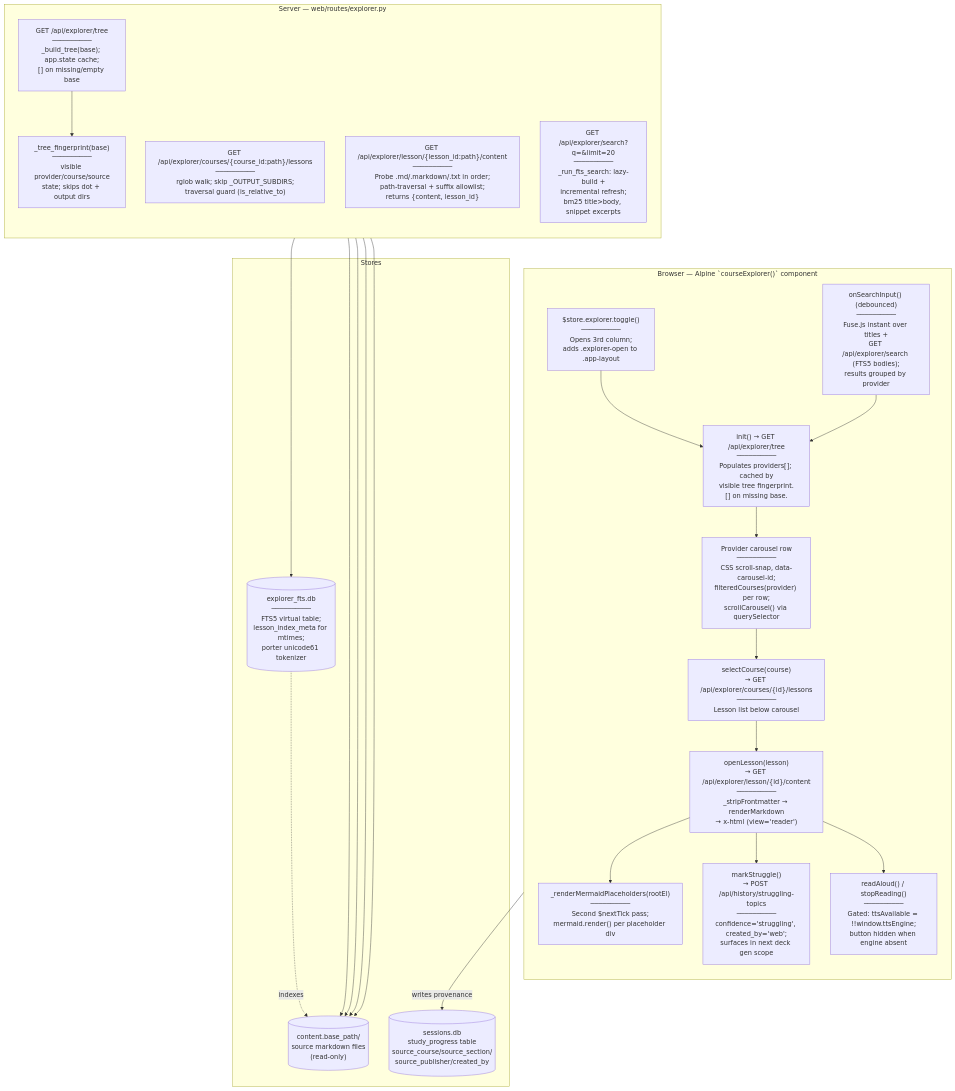
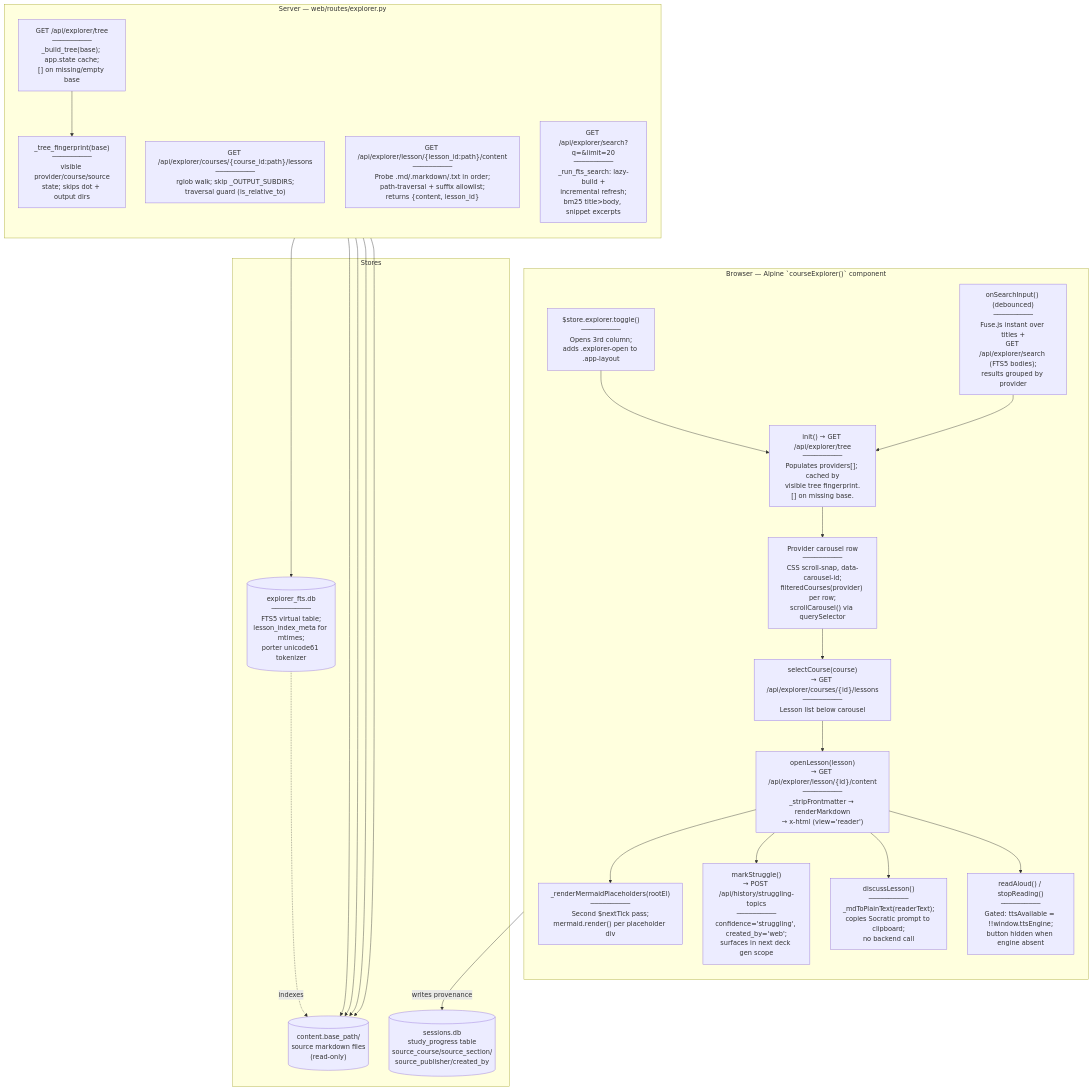
One commit to NetDevAutomate/StudyLoop changed diagram 12 of 12 in docs/architecture/current.md. Above: the diagram before and after it, drawn with Mermaid. The commit also changed other lines of this file and 7 other files, not shown here.

Commit message:
docs: update architecture for active learning loops

````diff
--- a/docs/architecture/current.md
+++ b/docs/architecture/current.md
@@ -635,48 +753,50 @@
 ```mermaid
 flowchart TB
     subgraph Browser["Browser — Alpine `courseExplorer()` component"]
       direction TB
       Toggle["$store.explorer.toggle()<br/>──────────<br/>Opens 3rd column;<br/>adds .explorer-open to .app-layout"]
       TreeFetch["init() → GET /api/explorer/tree<br/>──────────<br/>Populates providers[]; cached by<br/>visible tree fingerprint.<br/>[] on missing base."]
       Carousel["Provider carousel row<br/>──────────<br/>CSS scroll-snap, data-carousel-id;<br/>filteredCourses(provider) per row;<br/>scrollCarousel() via querySelector"]
       LessonFetch["selectCourse(course)<br/>→ GET /api/explorer/courses/{id}/lessons<br/>──────────<br/>Lesson list below carousel"]
       Reader["openLesson(lesson)<br/>→ GET /api/explorer/lesson/{id}/content<br/>──────────<br/>_stripFrontmatter → renderMarkdown<br/>→ x-html (view='reader')"]
       MermaidPass["_renderMermaidPlaceholders(rootEl)<br/>──────────<br/>Second $nextTick pass;<br/>mermaid.render() per placeholder div"]
       SearchBox["onSearchInput() (debounced)<br/>──────────<br/>Fuse.js instant over titles +<br/>GET /api/explorer/search (FTS5 bodies);<br/>results grouped by provider"]
       StruggleBtn["markStruggle()<br/>→ POST /api/history/struggling-topics<br/>──────────<br/>confidence='struggling', created_by='web';<br/>surfaces in next deck gen scope"]
+      DiscussBtn["discussLesson()<br/>──────────<br/>_mdToPlainText(readerText);<br/>copies Socratic prompt to clipboard;<br/>no backend call"]
       TTSBtn["readAloud() / stopReading()<br/>──────────<br/>Gated: ttsAvailable = !!window.ttsEngine;<br/>button hidden when engine absent"]
     end
 
     subgraph Backend["Server — web/routes/explorer.py"]
       direction TB
       TreeRoute["GET /api/explorer/tree<br/>──────────<br/>_build_tree(base); app.state cache;<br/>[] on missing/empty base"]
       LessonsRoute["GET /api/explorer/courses/{course_id:path}/lessons<br/>──────────<br/>rglob walk; skip _OUTPUT_SUBDIRS;<br/>traversal guard (is_relative_to)"]
       ContentRoute["GET /api/explorer/lesson/{lesson_id:path}/content<br/>──────────<br/>Probe .md/.markdown/.txt in order;<br/>path-traversal + suffix allowlist;<br/>returns {content, lesson_id}"]
       SearchRoute["GET /api/explorer/search?q=&limit=20<br/>──────────<br/>_run_fts_search: lazy-build +<br/>incremental refresh;<br/>bm25 title>body, snippet excerpts"]
       TreeKey["_tree_fingerprint(base)<br/>──────────<br/>visible provider/course/source<br/>state; skips dot + output dirs"]
     end
 
     subgraph Stores["Stores"]
       ContentBase[("content.base_path/<br/>source markdown files<br/>(read-only)")]
       FTSDb[("explorer_fts.db<br/>──────────<br/>FTS5 virtual table;<br/>lesson_index_meta for mtimes;<br/>porter unicode61 tokenizer")]
       SessionDB[("sessions.db<br/>study_progress table<br/>source_course/source_section/<br/>source_publisher/created_by")]
     end
 
     Toggle --> TreeFetch
     TreeFetch --> Carousel
     Carousel --> LessonFetch
     LessonFetch --> Reader
     Reader --> MermaidPass
     SearchBox --> TreeFetch
     Reader --> StruggleBtn
+    Reader --> DiscussBtn
     Reader --> TTSBtn
 
     TreeRoute --> TreeKey
     TreeKey --> ContentBase
     TreeRoute --> ContentBase
     LessonsRoute --> ContentBase
     ContentRoute --> ContentBase
     SearchRoute --> FTSDb
     FTSDb -.->|"indexes"| ContentBase
     StruggleBtn -->|"writes provenance"| SessionDB
 ```
````
